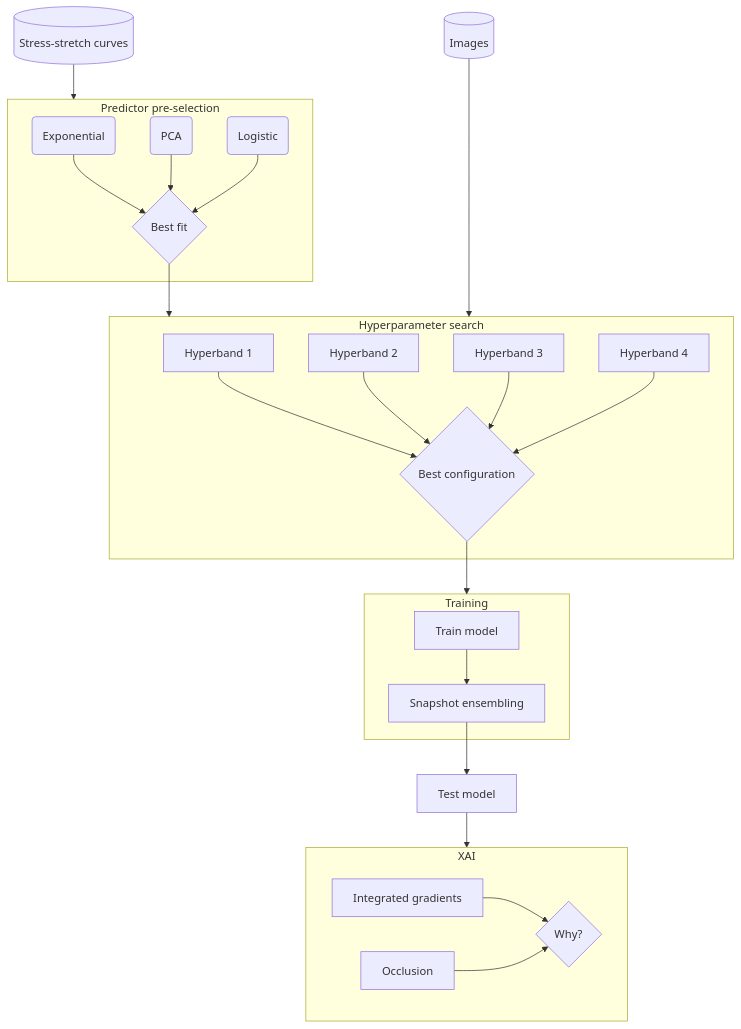
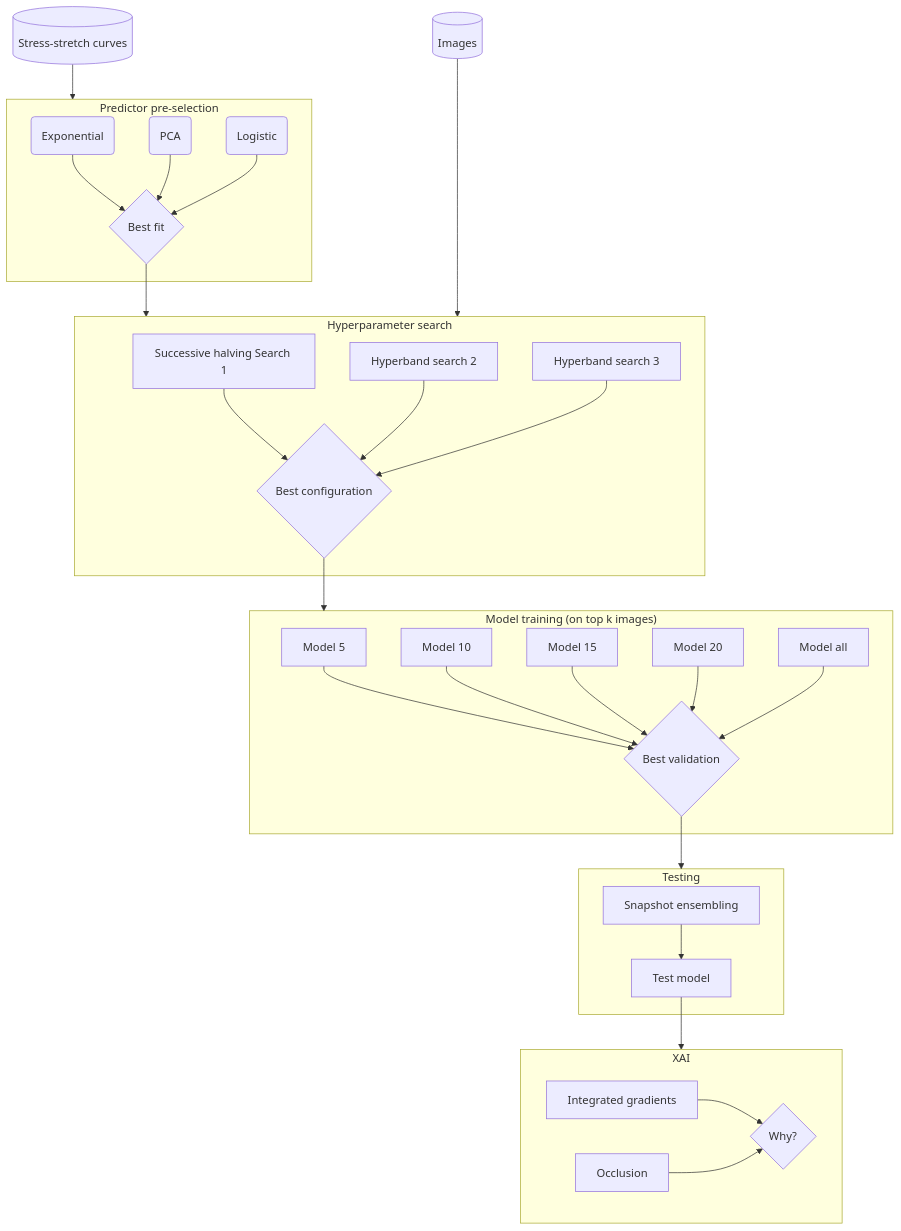
The diagram in mermaid/skin_analysis.mmd (siemdejong/mscthesis), drawn with Mermaid before and after one commit. The commit also changed 3 other files, not shown here.

```diff
--- a/mermaid/skin_analysis.mmd
+++ b/mermaid/skin_analysis.mmd
@@ -1,53 +1,57 @@
 %%{init: {'theme':'default', flowchart: {'htmlLabels': false}}}%%
 
 flowchart TB
     %% nodes
 
     curves[(Stress-stretch curves)]
 
     subgraph predictor_pre_selection[Predictor pre-selection]
         exp(Exponential)
         pca(PCA)
         logistic(Logistic)
         best_fit{Best fit}
     end
 
 
     images[(Images)]
 
     subgraph hparam_search[Hyperparameter search]
-        study1[Hyperband 1]
-        study2[Hyperband 2]
-        study3[Hyperband 3]
-        study4[Hyperband 4]
+        study1["Successive halving Search 1"]
+        study2["Hyperband search 2"]
+        study3["Hyperband search 3"]
         best_config{Best configuration}
     end
 
-    subgraph training[Training]
-        train[Train model]
-        ensemble[Snapshot ensembling]
+    subgraph training["Model training (on top k images)"]
+        train5[Model 5]
+        train10[Model 10]
+        train15[Model 15]
+        train20[Model 20]
+        trainall[Model all]
+        best_val{Best validation}
     end
 
-    test[Test model]
+    subgraph testing[Testing]
+        ensemble[Snapshot ensembling]
+        test[Test model]
+    end
 
     subgraph xai[XAI]
         ig[Integrated gradients]
         occ[Occlusion]
         why{Why?}
     end
 
     %% Connections
 
-    %% curves --> exp & pca & logistic
     curves --> predictor_pre_selection
     exp & pca & logistic --> best_fit
-    %% best_fit --> study1 & study2 & study3 & study4
     best_fit --> hparam_search
-    %% images --> study1 & study2 & study3 & study4
     images ----> hparam_search
-    study1 & study2 & study3 & study4 --> best_config
+    study1 & study2 & study3 --> best_config
     best_config --> training
-    train --> ensemble
+    train5 & train10 & train15 & train20 & trainall --> best_val
+    best_val --> testing
     ensemble --> test
     test --> xai
     ig & occ --> why
```
